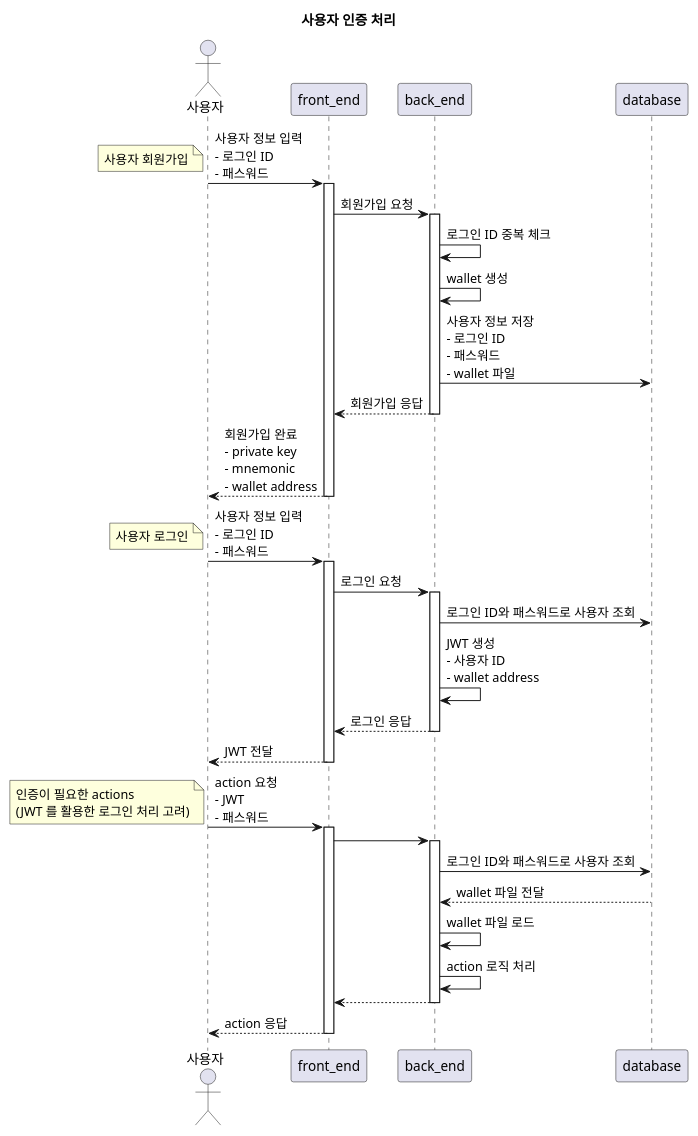
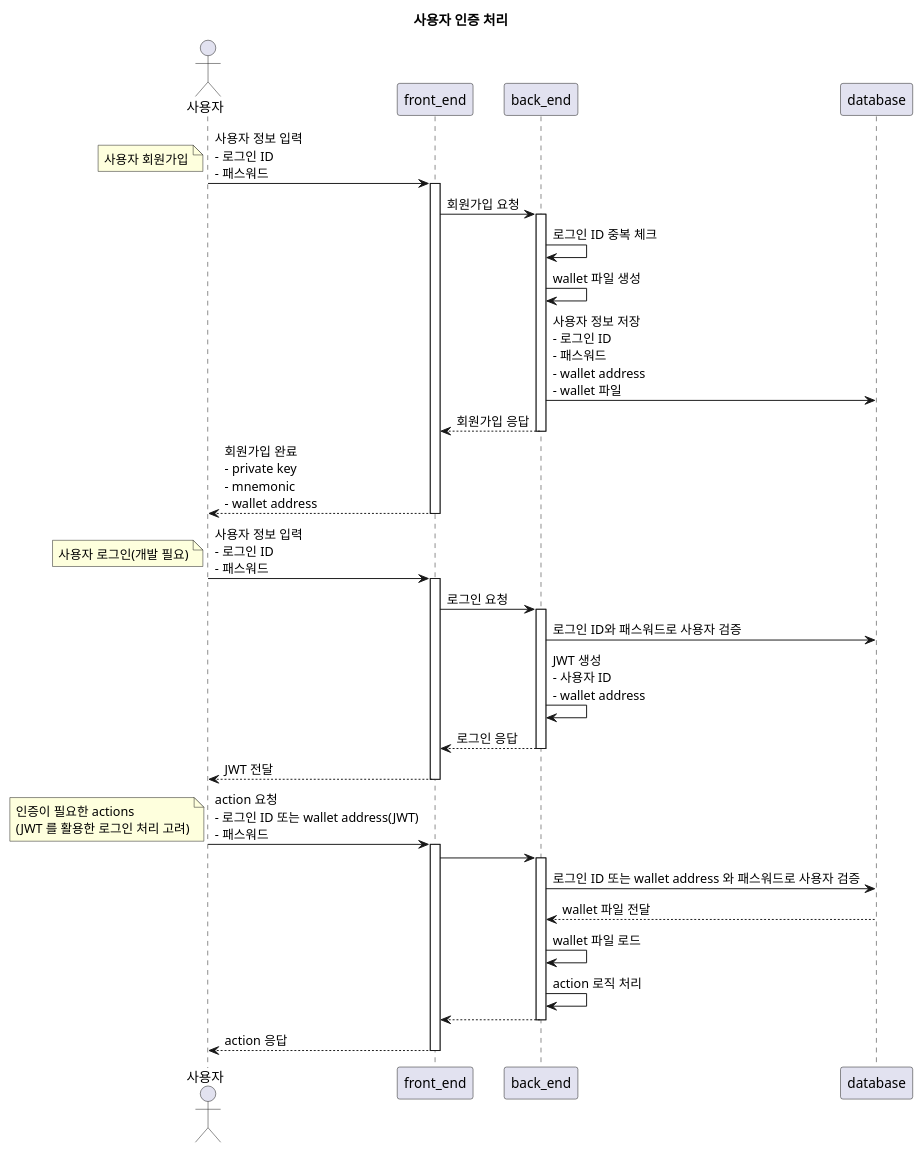
One commit to LaOnZenaMoon/smart-contract-playground changed the diagram in docs/sequence-diagram/사용자 인증 처리.puml. Above: the diagram before and after it, drawn with PlantUML. The commit also changed 12 other files, not shown here.

```diff
--- a/docs/sequence-diagram/사용자 인증 처리.puml
+++ b/docs/sequence-diagram/사용자 인증 처리.puml
@@ -1,48 +1,48 @@
 @startuml
 title 사용자 인증 처리
 
 actor 사용자
 participant front_end
 participant back_end
 participant database
 
 사용자->front_end: 사용자 정보 입력\n- 로그인 ID\n- 패스워드
 note left: 사용자 회원가입
 activate front_end
 front_end->back_end: 회원가입 요청
 activate back_end
 back_end->back_end: 로그인 ID 중복 체크
-back_end->back_end: wallet 생성
-back_end->database: 사용자 정보 저장\n- 로그인 ID\n- 패스워드\n- wallet 파일
+back_end->back_end: wallet 파일 생성
+back_end->database: 사용자 정보 저장\n- 로그인 ID\n- 패스워드\n- wallet address\n- wallet 파일
 back_end-->front_end: 회원가입 응답
 deactivate back_end
 front_end-->사용자: 회원가입 완료\n- private key\n- mnemonic\n- wallet address
 deactivate front_end
 
 사용자->front_end: 사용자 정보 입력\n- 로그인 ID\n- 패스워드
-note left: 사용자 로그인
+note left: 사용자 로그인(개발 필요)
 activate front_end
 front_end->back_end: 로그인 요청
 activate back_end
-back_end->database: 로그인 ID와 패스워드로 사용자 조회
+back_end->database: 로그인 ID와 패스워드로 사용자 검증
 back_end->back_end: JWT 생성\n- 사용자 ID\n- wallet address
 back_end-->front_end: 로그인 응답
 deactivate back_end
 front_end-->사용자: JWT 전달
 deactivate front_end
 
-사용자->front_end: action 요청\n- JWT\n- 패스워드
+사용자->front_end: action 요청\n- 로그인 ID 또는 wallet address(JWT)\n- 패스워드
 note left: 인증이 필요한 actions\n(JWT 를 활용한 로그인 처리 고려)
 activate front_end
 front_end->back_end
 activate back_end
-back_end->database: 로그인 ID와 패스워드로 사용자 조회
+back_end->database: 로그인 ID 또는 wallet address 와 패스워드로 사용자 검증
 database-->back_end: wallet 파일 전달
 back_end->back_end: wallet 파일 로드
 back_end->back_end: action 로직 처리
 back_end-->front_end
 deactivate back_end
 front_end-->사용자: action 응답
 deactivate front_end
 
 @enduml
```
